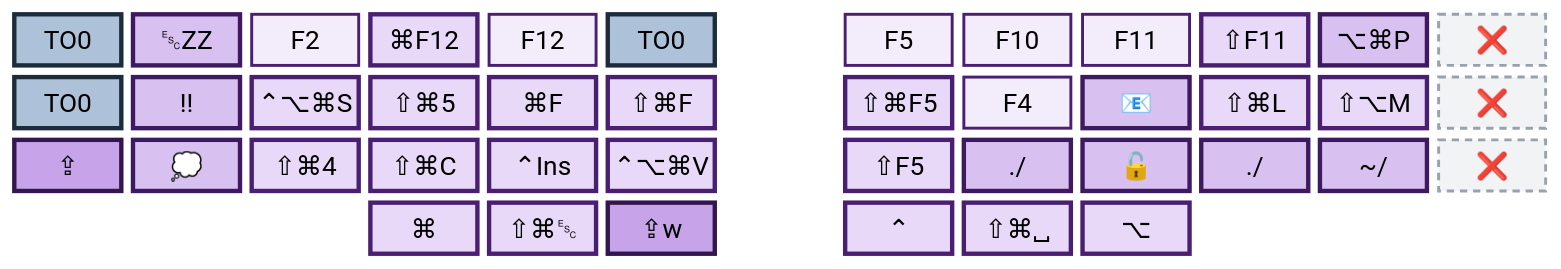
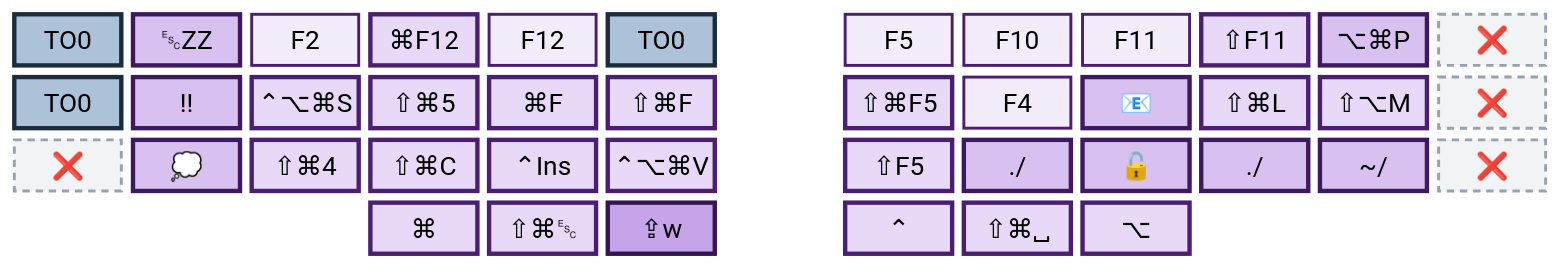
The fifth of 6 diagrams in README.md (abloch/zmk-corne), drawn with Mermaid before and after one commit. The commit also changed other lines of this file and 4 other files, not shown here.

````diff
--- a/README.md
+++ b/README.md
@@ -182,24 +182,24 @@
 ```mermaid
 %%{init: {'theme':'base','themeVariables':{'primaryColor':'#f3ecfb','primaryTextColor':'#240c39','primaryBorderColor':'#4a1f72','nodeTextColor':'#240c39','textColor':'#240c39','mainBkg':'#f3ecfb','fontSize':'18px'}}}%%
 block
 columns 13
 
   to0["TO0"] vz["␛ZZ"] f2["F2"] gf["⌘F12"] lf12["F12"] t0b["TO0"] space f5["F5"] f10["F10"] f11["F11"] s11["⇧F11"] ap["⌥⌘P"] x1["❌"]
   t0c["TO0"] rr["!!"] rec["⌃⌥⌘S"] c5["⇧⌘5"] fnd["⌘F"] fna["⇧⌘F"] space sgf5["⇧⌘F5"] f4["F4"] mai["📧"] lck["⇧⌘L"] mut["⇧⌥M"] x2["❌"]
-  cap["⇪"] thk["💭"] c4["⇧⌘4"] cpy["⇧⌘C"] ins["⌃Ins"] pst["⌃⌥⌘V"] space sf5["⇧F5"] ds["./"] uns["🔓"] ds2["./"] ts["~/"] x3["❌"]
+  x0["❌"] thk["💭"] c4["⇧⌘4"] cpy["⇧⌘C"] ins["⌃Ins"] pst["⌃⌥⌘V"] space sf5["⇧F5"] ds["./"] uns["🔓"] ds2["./"] ts["~/"] x3["❌"]
   space:3 cmd["⌘"] ses["⇧⌘␛"] cw["⇪w"] space ctl["⌃"] ssp["⇧⌘␣"] alt["⌥"] space:3
 
   classDef plain fill:#f3ecfb,stroke:#4a1f72,stroke-width:2px,color:#240c39
   classDef mod fill:#e7d9f7,stroke:#4a1f72,stroke-width:3px,color:#240c39
   classDef seq fill:#d8c0f1,stroke:#3d1a5f,stroke-width:3px,color:#1c0a2c
   classDef spec fill:#c7a4e9,stroke:#33154f,stroke-width:3px,color:#160823
   classDef goL0 fill:#adc2d8,stroke:#1d2c3d,stroke-width:3px,color:#060c12
   classDef dead fill:#f2f3f5,stroke:#98a2ae,stroke-width:2px,stroke-dasharray:5 4,color:#5b6673
 
   class f2,lf12,f5,f10,f11,f4 plain
   class gf,rec,c5,fnd,fna,c4,cpy,ins,pst,s11,sgf5,lck,mut,sf5,cmd,ses,ctl,ssp,alt mod
   class vz,rr,thk,ap,mai,ds,uns,ds2,ts seq
-  class cap,cw spec
+  class cw spec
   class to0,t0b,t0c goL0
-  class x1,x2,x3 dead
+  class x0,x1,x2,x3 dead
 ```
````
